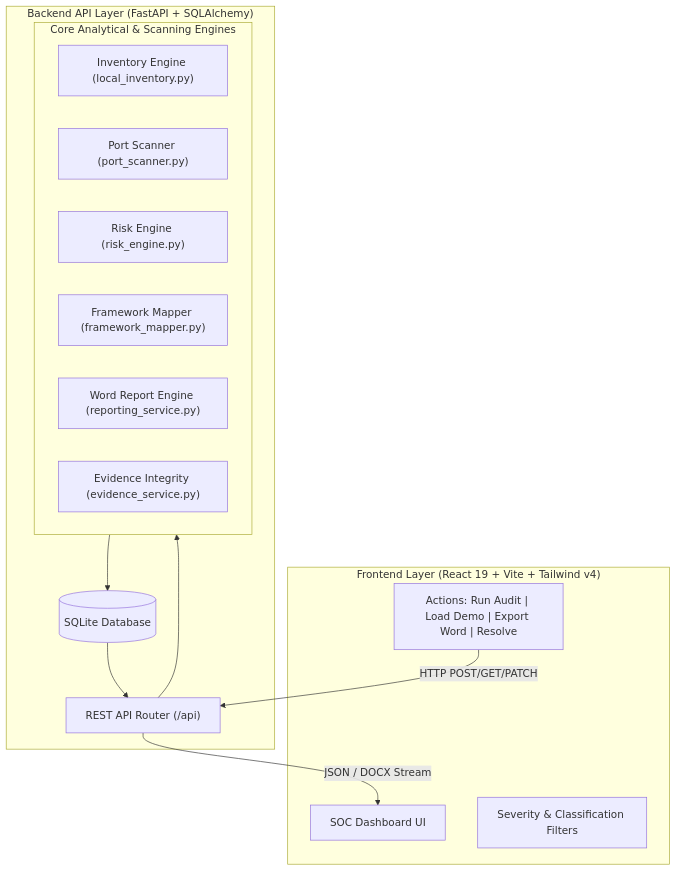
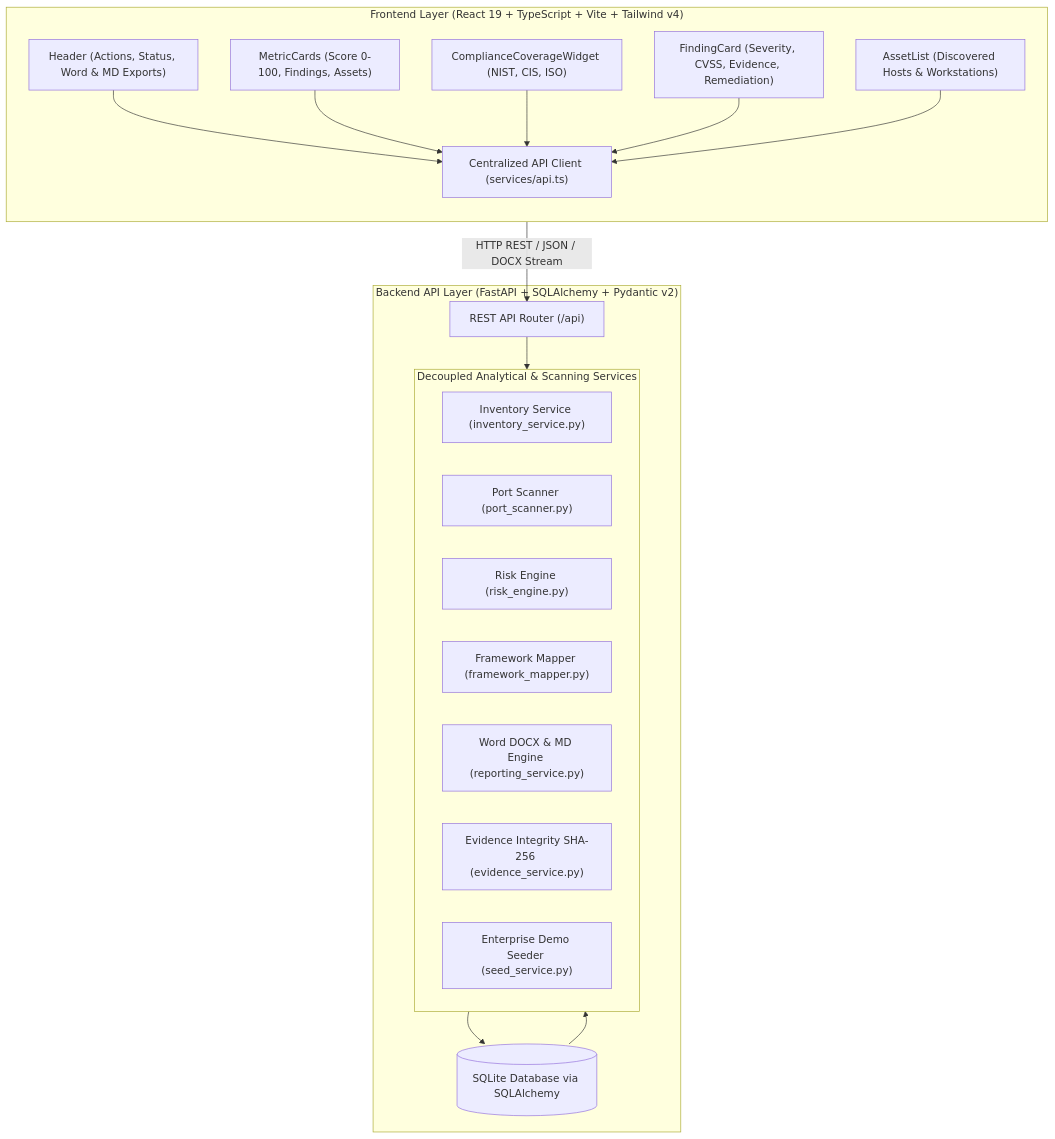
One commit to Techmasternikhil/CyberAudit360 changed the diagram in README.md. Above: the diagram before and after it, drawn with Mermaid. The commit also changed other lines of this file and 3 other files, not shown here.

Commit message:
docs(readme): update dashboard screenshots and document modular architecture

````diff
--- a/README.md
+++ b/README.md
@@ -68,29 +78,39 @@
 ```mermaid
 flowchart TD
-    subgraph Frontend["Frontend Layer (React 19 + Vite + Tailwind v4)"]
-        UI["SOC Dashboard UI"]
-        Controls["Actions: Run Audit | Load Demo | Export Word | Resolve"]
-        Filters["Severity & Classification Filters"]
+    subgraph Frontend["Frontend Layer (React 19 + TypeScript + Vite + Tailwind v4)"]
+        direction TB
+        HeaderComp["Header (Actions, Status, Word & MD Exports)"]
+        MetricComp["MetricCards (Score 0-100, Findings, Assets)"]
+        ComplianceComp["ComplianceCoverageWidget (NIST, CIS, ISO)"]
+        FindingComp["FindingCard (Severity, CVSS, Evidence, Remediation)"]
+        AssetComp["AssetList (Discovered Hosts & Workstations)"]
+        ApiService["Centralized API Client (services/api.ts)"]
+        
+        HeaderComp --> ApiService
+        MetricComp --> ApiService
+        ComplianceComp --> ApiService
+        FindingComp --> ApiService
+        AssetComp --> ApiService
     end
 
-    subgraph Backend["Backend API Layer (FastAPI + SQLAlchemy)"]
+    subgraph Backend["Backend API Layer (FastAPI + SQLAlchemy + Pydantic v2)"]
         Router["REST API Router (/api)"]
         
-        subgraph Engines["Core Analytical & Scanning Engines"]
-            InventoryEng["Inventory Engine (local_inventory.py)"]
+        subgraph Services["Decoupled Analytical & Scanning Services"]
+            InventoryEng["Inventory Service (inventory_service.py)"]
             PortScanEng["Port Scanner (port_scanner.py)"]
             RiskEng["Risk Engine (risk_engine.py)"]
             ComplianceEng["Framework Mapper (framework_mapper.py)"]
-            ReportEng["Word Report Engine (reporting_service.py)"]
-            EvidenceEng["Evidence Integrity (evidence_service.py)"]
+            ReportEng["Word DOCX & MD Engine (reporting_service.py)"]
+            EvidenceEng["Evidence Integrity SHA-256 (evidence_service.py)"]
+            SeedEng["Enterprise Demo Seeder (seed_service.py)"]
         end
 
-        DB[(SQLite Database)]
+        DB[(SQLite Database via SQLAlchemy)]
     end
 
-    Controls -->|HTTP POST/GET/PATCH| Router
-    Router --> Engines
-    Engines --> DB
-    DB --> Router
-    Router -->|JSON / DOCX Stream| UI
+    ApiService -->|HTTP REST / JSON / DOCX Stream| Router
+    Router --> Services
+    Services --> DB
+    DB --> Services
 ```
````
